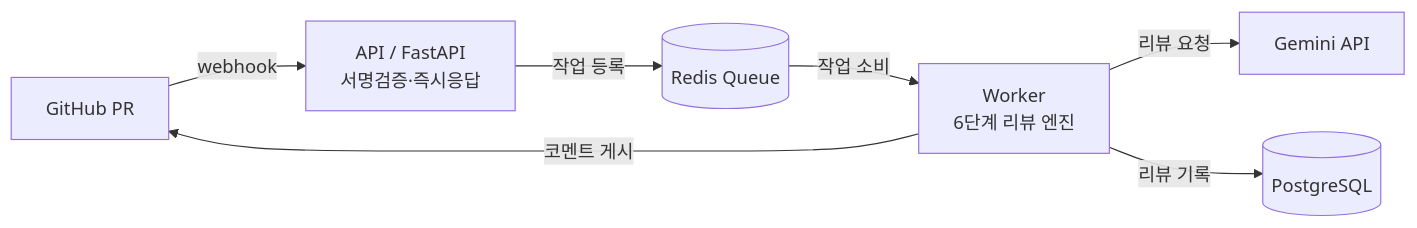
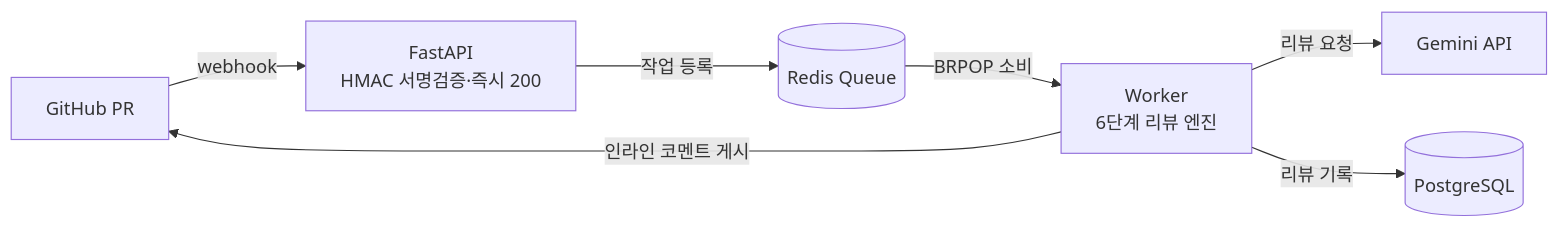
One commit to SkyWith628/codesage changed the first of 2 diagrams in README.md. Above: the diagram before and after it, drawn with Mermaid. The commit also changed other lines of this file, not shown here.

````diff
--- a/README.md
+++ b/README.md
@@ -29,9 +61,9 @@
 ```mermaid
 flowchart LR
-    GH[GitHub PR] -- webhook --> API[API / FastAPI<br/>서명검증·즉시응답]
+    GH[GitHub PR] -- webhook --> API[FastAPI<br/>HMAC 서명검증·즉시 200]
     API -- 작업 등록 --> Q[(Redis Queue)]
-    Q -- 작업 소비 --> W[Worker<br/>6단계 리뷰 엔진]
+    Q -- BRPOP 소비 --> W[Worker<br/>6단계 리뷰 엔진]
     W -- 리뷰 요청 --> C[Gemini API]
-    W -- 코멘트 게시 --> GH
+    W -- 인라인 코멘트 게시 --> GH
     W -- 리뷰 기록 --> DB[(PostgreSQL)]
 ```
````
